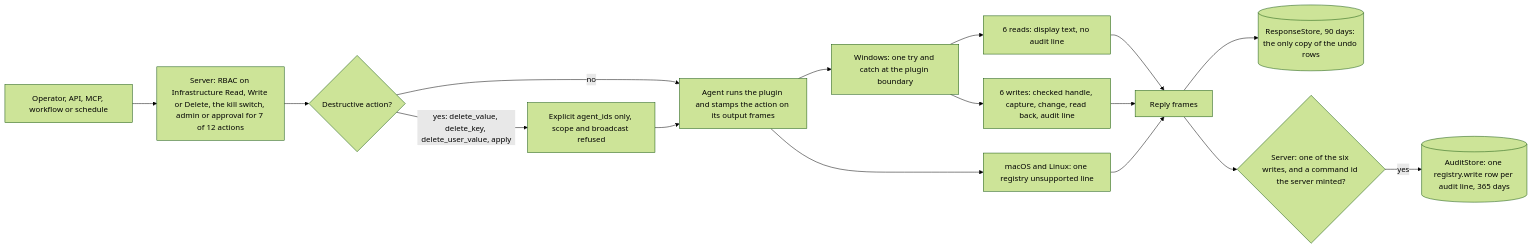
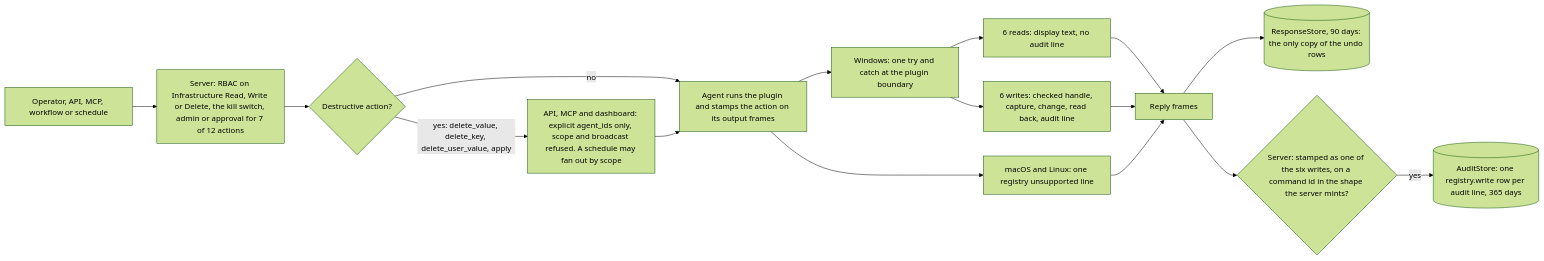
The first of 5 diagrams in agents/plugins/registry/README.md (DevNullLtd/Yuzu), drawn with Mermaid (forest theme) before and after one commit. The commit also changed other lines of this file and 3 other files, not shown here.

````diff
--- a/agents/plugins/registry/README.md
+++ b/agents/plugins/registry/README.md
@@ -88,18 +88,18 @@
 ```mermaid
 flowchart LR
   OP["Operator, API, MCP, workflow or schedule"] --> SV["Server: RBAC on Infrastructure Read, Write or Delete, the kill switch, admin or approval for 7 of 12 actions"]
   SV --> DG{"Destructive action?"}
-  DG -->|"yes: delete_value, delete_key, delete_user_value, apply"| TG["Explicit agent_ids only, scope and broadcast refused"]
+  DG -->|"yes: delete_value, delete_key, delete_user_value, apply"| TG["API, MCP and dashboard: explicit agent_ids only, scope and broadcast refused. A schedule may fan out by scope"]
   DG -->|"no"| AG
   TG --> AG["Agent runs the plugin and stamps the action on its output frames"]
   AG --> WIN["Windows: one try and catch at the plugin boundary"]
   AG --> UNS["macOS and Linux: one registry unsupported line"]
   WIN --> RD["6 reads: display text, no audit line"]
   WIN --> WR["6 writes: checked handle, capture, change, read back, audit line"]
   RD --> REP["Reply frames"]
   WR --> REP
   UNS --> REP
   REP --> RS[("ResponseStore, 90 days: the only copy of the undo rows")]
-  REP --> GATE{"Server: one of the six writes, and a command id the server minted?"}
+  REP --> GATE{"Server: stamped as one of the six writes, on a command id in the shape the server mints?"}
   GATE -->|"yes"| AU[("AuditStore: one registry.write row per audit line, 365 days")]
 ```
````
